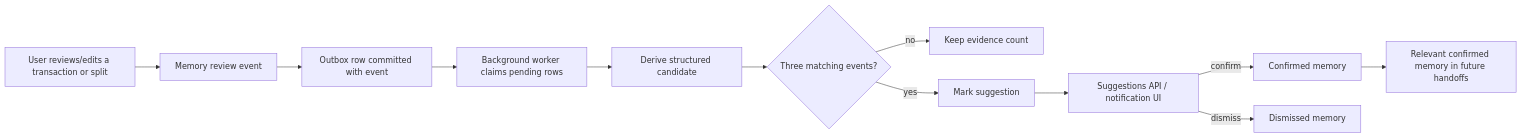
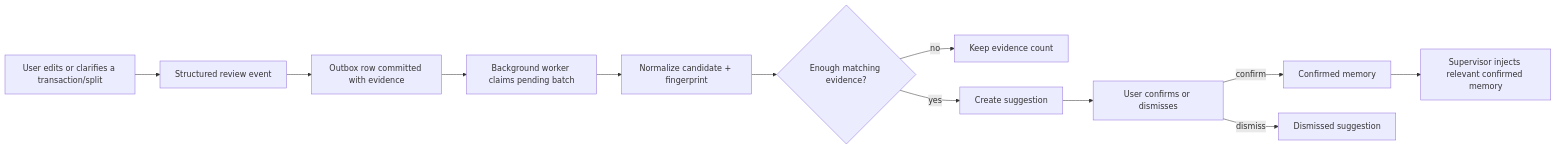
The third of 3 diagrams in docs/LANGGRAPH_ARCHITECTURE_GUIDE.md (HazSyl1/AffordAbled), drawn with Mermaid before and after one commit. The commit also changed other lines of this file and 24 other files, not shown here.

Commit message:
feat: add async chat memory review gate

````diff
--- a/docs/LANGGRAPH_ARCHITECTURE_GUIDE.md
+++ b/docs/LANGGRAPH_ARCHITECTURE_GUIDE.md
@@ -271,14 +311,14 @@
 ```mermaid
 flowchart LR
-    A[User reviews/edits a transaction or split] --> B[Memory review event]
-    B --> C[Outbox row committed with event]
-    C --> D[Background worker claims pending rows]
-    D --> E[Derive structured candidate]
-    E --> F{Three matching events?}
+    A[User edits or clarifies a transaction/split] --> B[Structured review event]
+    B --> C[Outbox row committed with evidence]
+    C --> D[Background worker claims pending batch]
+    D --> E[Normalize candidate + fingerprint]
+    E --> F{Enough matching evidence?}
     F -->|no| G[Keep evidence count]
-    F -->|yes| H[Mark suggestion]
-    H --> I[Suggestions API / notification UI]
+    F -->|yes| H[Create suggestion]
+    H --> I[User confirms or dismisses]
     I -->|confirm| J[Confirmed memory]
-    I -->|dismiss| K[Dismissed memory]
-    J --> L[Relevant confirmed memory in future handoffs]
+    I -->|dismiss| K[Dismissed suggestion]
+    J --> L[Supervisor injects relevant confirmed memory]
 ```
````
